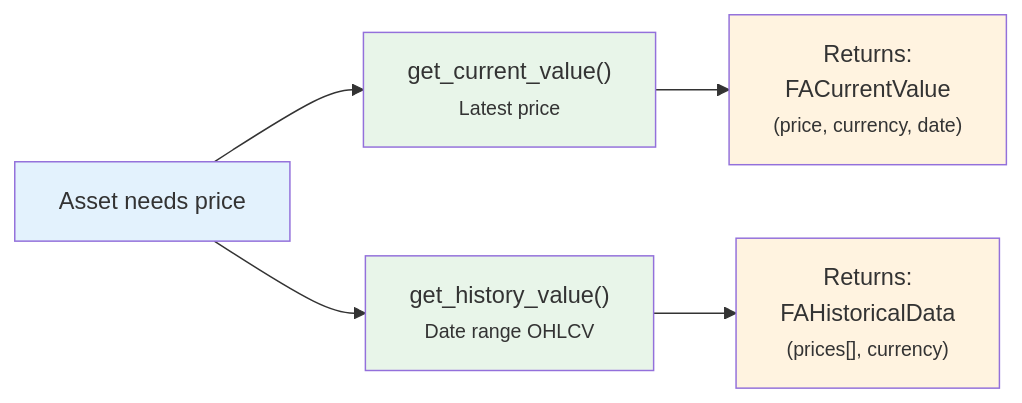
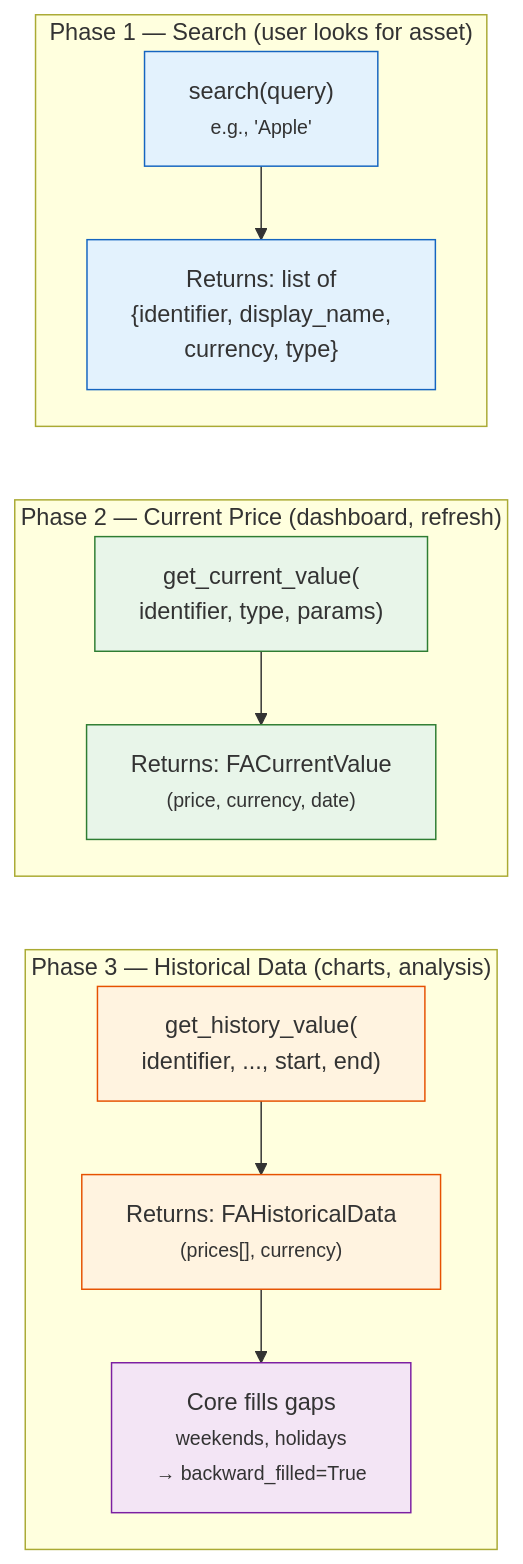
Before and after one commit to Librefolio/LibreFolio: the diagram in mkdocs_src/docs/developer/architecture/patterns/asset_plugin_guide.md, drawn with Mermaid. The commit also changed other lines of this file and 16 other files, not shown here.

First line of the commit message:
docs: fix gallery settings bug, split UI Base & Broker diagrams, add Asset Search to plugin guides

````diff
--- a/mkdocs_src/docs/developer/architecture/patterns/asset_plugin_guide.md
+++ b/mkdocs_src/docs/developer/architecture/patterns/asset_plugin_guide.md
@@ -13,13 +15,26 @@
 ```mermaid
-graph LR
-    REQ["Asset needs price"] --> CURR["get_current_value()<br/><small>Latest price</small>"]
-    REQ --> HIST["get_history_value()<br/><small>Date range OHLCV</small>"]
-    CURR --> FAC["Returns:<br/>FACurrentValue<br/><small>(price, currency, date)</small>"]
-    HIST --> FAH["Returns:<br/>FAHistoricalData<br/><small>(prices[], currency)</small>"]
+graph TD
+    subgraph "Phase 1 — Search (user looks for asset)"
+        S1["search(query)<br/><small>e.g., 'Apple'</small>"] --> S2["Returns: list of<br/>{identifier, display_name,<br/>currency, type}"]
+    end
 
-    style REQ fill:#e3f2fd
-    style CURR fill:#e8f5e9
-    style HIST fill:#e8f5e9
-    style FAC fill:#fff3e0
-    style FAH fill:#fff3e0
+    subgraph "Phase 2 — Current Price (dashboard, refresh)"
+        C1["get_current_value(<br/>identifier, type, params)"] --> C2["Returns: FACurrentValue<br/><small>(price, currency, date)</small>"]
+    end
+
+    subgraph "Phase 3 — Historical Data (charts, analysis)"
+        H1["get_history_value(<br/>identifier, ..., start, end)"] --> H2["Returns: FAHistoricalData<br/><small>(prices[], currency)</small>"]
+        H2 --> H3["Core fills gaps<br/><small>weekends, holidays<br/>→ backward_filled=True</small>"]
+    end
+
+    S2 ~~~ C1
+    C2 ~~~ H1
+
+    style S1 fill:#e3f2fd,stroke:#1565c0
+    style S2 fill:#e3f2fd,stroke:#1565c0
+    style C1 fill:#e8f5e9,stroke:#2e7d32
+    style C2 fill:#e8f5e9,stroke:#2e7d32
+    style H1 fill:#fff3e0,stroke:#e65100
+    style H2 fill:#fff3e0,stroke:#e65100
+    style H3 fill:#f3e5f5,stroke:#7b1fa2
 ```
````
